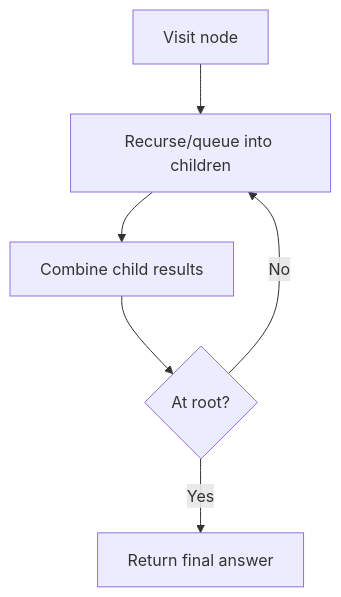
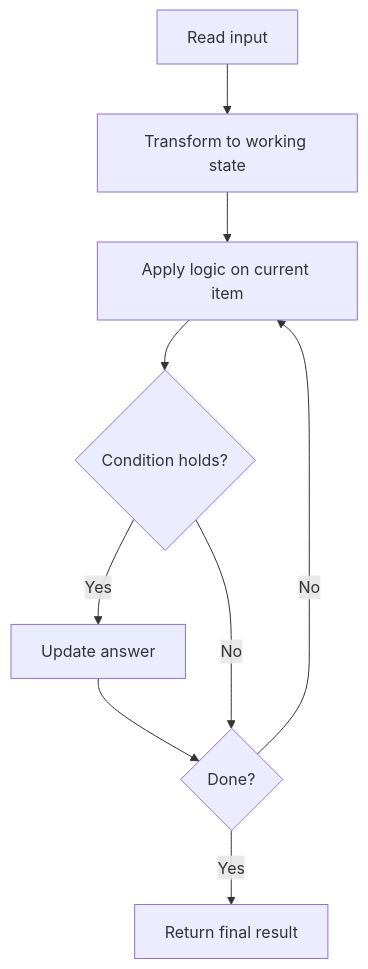
The diagram in NeetCode-Submissions/07-binary-tree/01-invert-tree/readme.md (keshav-poojary/Leetcode), drawn with Mermaid before and after one commit. The commit also changed 105 other files, not shown here.

Commit message:
Add NeetCode README docs with mermaid diagrams

````diff
--- a/NeetCode-Submissions/07-binary-tree/01-invert-tree/readme.md
+++ b/NeetCode-Submissions/07-binary-tree/01-invert-tree/readme.md
@@ -30,8 +30,8 @@
 ```mermaid
 flowchart TD
-    A[Visit node] --> B[Recurse/queue into children]
-    B --> C[Combine child results]
-    C --> D{At root?}
-    D -- No --> B
-    D -- Yes --> E[Return final answer]
+    A[Read input] --> B[Transform to working state] --> C[Apply logic on current item] --> D{Condition holds?}
+    D -- Yes --> E[Update answer] --> F{Done?}
+    D -- No --> F
+    F -- No --> C
+    F -- Yes --> G[Return final result]
 ```
````
